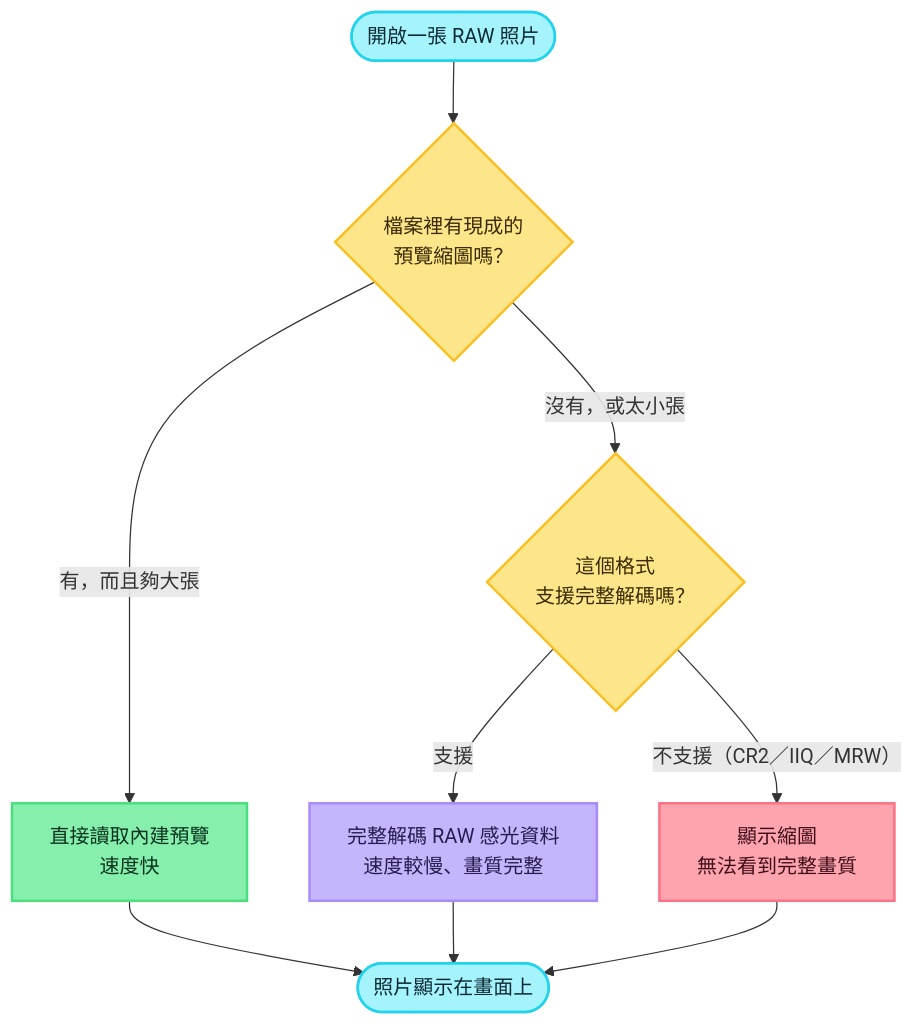
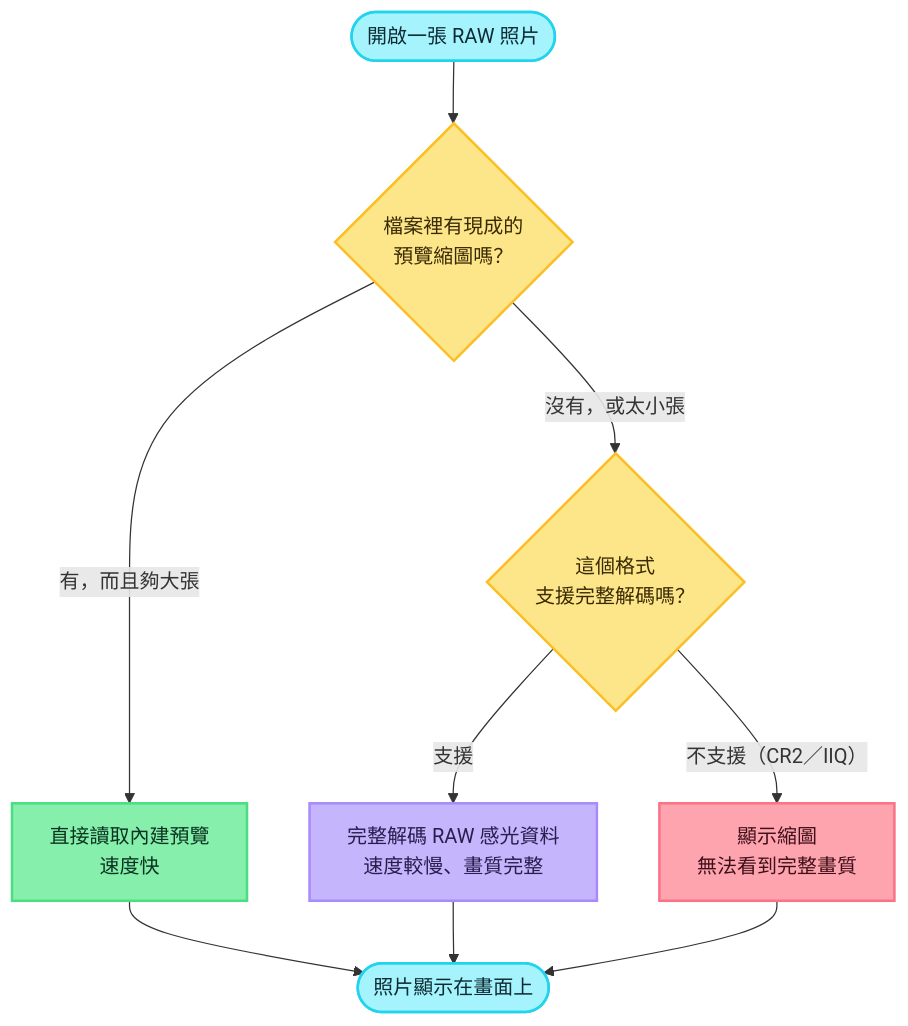
One commit to jhangyu/halcyon changed the fifth of 9 diagrams in README.zh-TW.md. Above: the diagram before and after it, drawn with Mermaid. The commit also changed other lines of this file and 6 other files, not shown here.

````diff
--- a/README.zh-TW.md
+++ b/README.zh-TW.md
@@ -477,25 +476,25 @@
 ```mermaid
 flowchart TD
     A(["開啟一張 RAW 照片"]) --> B{"檔案裡有現成的<br/>預覽縮圖嗎？"}
     B -- "有，而且夠大張" --> C["直接讀取內建預覽<br/>速度快"]
     B -- "沒有，或太小張" --> D{"這個格式<br/>支援完整解碼嗎？"}
     D -- "支援" --> E["完整解碼 RAW 感光資料<br/>速度較慢、畫質完整"]
-    D -- "不支援（CR2／IIQ／MRW）" --> F["顯示縮圖<br/>無法看到完整畫質"]
+    D -- "不支援（CR2／IIQ）" --> F["顯示縮圖<br/>無法看到完整畫質"]
     C --> G(["照片顯示在畫面上"])
     E --> G
     F --> G
 
     classDef start fill:#a5f3fc,stroke:#22d3ee,stroke-width:2px,color:#0e2a33;
     classDef decision fill:#fde68a,stroke:#fbbf24,stroke-width:2px,color:#3a2a04;
     classDef fast fill:#86efac,stroke:#4ade80,stroke-width:2px,color:#0b3320;
     classDef slow fill:#c4b5fd,stroke:#a78bfa,stroke-width:2px,color:#2a1c4d;
     classDef limited fill:#fda4af,stroke:#fb7185,stroke-width:2px,color:#40101a;
     classDef done fill:#a5f3fc,stroke:#22d3ee,stroke-width:2px,color:#0e2a33;
 
     class A start;
     class B,D decision;
     class C fast;
     class E slow;
     class F limited;
     class G done;
 ```
````
